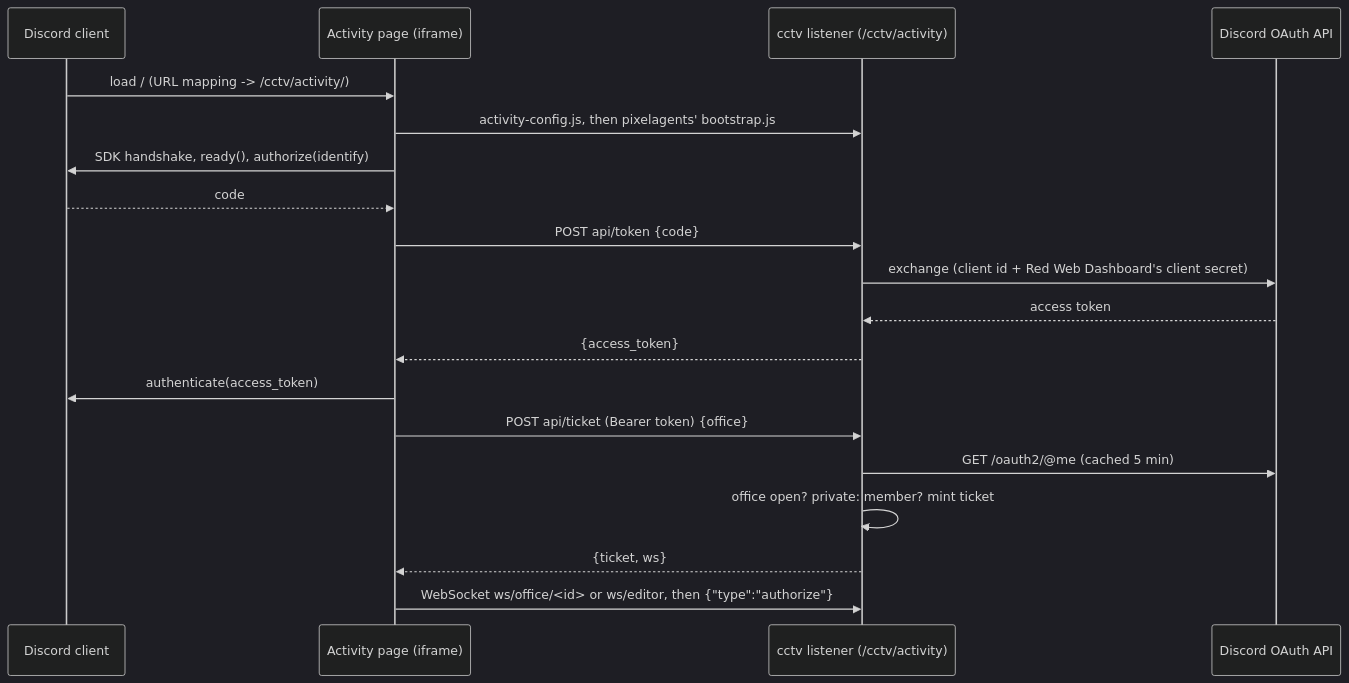
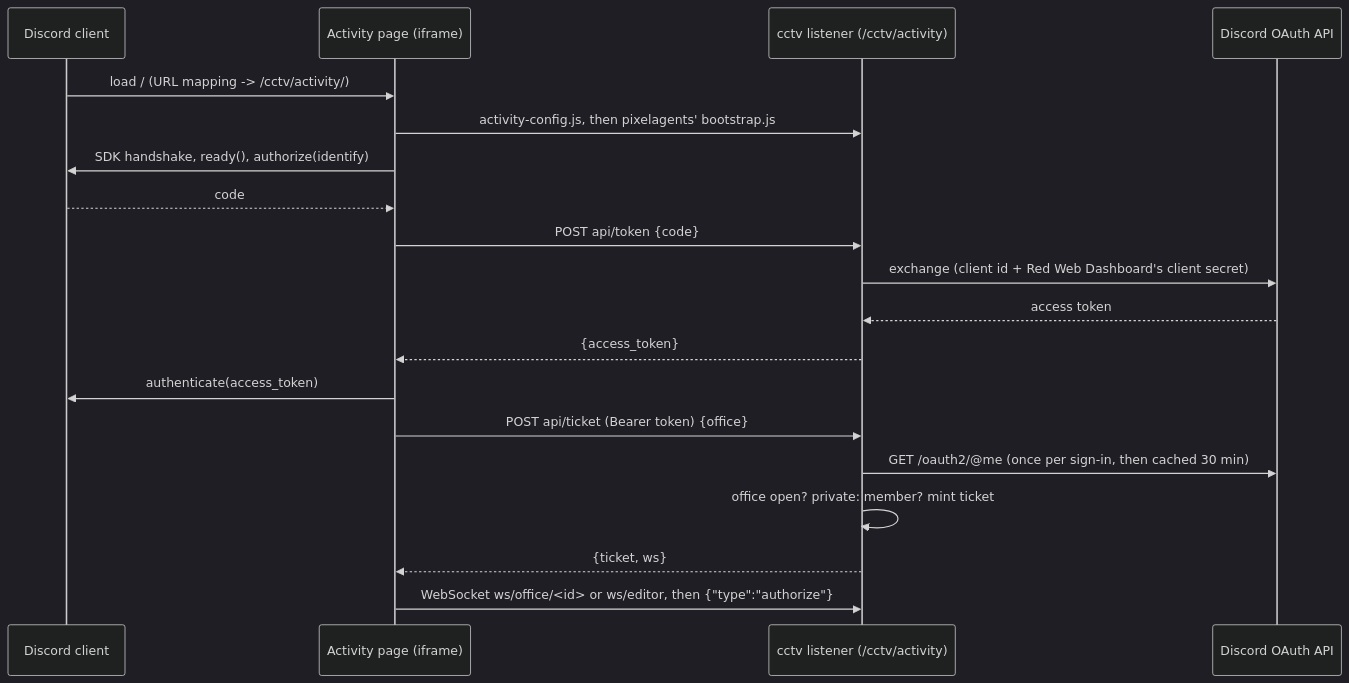
One commit to pixel-agents-hq/pixel-agents-cogs changed the fifth of 7 diagrams in docs/cctv-design.md. Above: the diagram before and after it, drawn with Mermaid (dark theme). The commit also changed other lines of this file and 6 other files, not shown here.

````diff
--- a/docs/cctv-design.md
+++ b/docs/cctv-design.md
@@ -543,22 +543,22 @@
 ```mermaid
 sequenceDiagram
     participant D as Discord client
     participant A as Activity page (iframe)
     participant S as cctv listener (/cctv/activity)
     participant O as Discord OAuth API
 
     D->>A: load / (URL mapping -> /cctv/activity/)
     A->>S: activity-config.js, then pixelagents' bootstrap.js
     A->>D: SDK handshake, ready(), authorize(identify)
     D-->>A: code
     A->>S: POST api/token {code}
     S->>O: exchange (client id + Red Web Dashboard's client secret)
     O-->>S: access token
     S-->>A: {access_token}
     A->>D: authenticate(access_token)
     A->>S: POST api/ticket (Bearer token) {office}
-    S->>O: GET /oauth2/@me (cached 5 min)
+    S->>O: GET /oauth2/@me (once per sign-in, then cached 30 min)
     S->>S: office open? private: member? mint ticket
     S-->>A: {ticket, ws}
     A->>S: WebSocket ws/office/<id> or ws/editor, then {"type":"authorize"}
 ```
````
